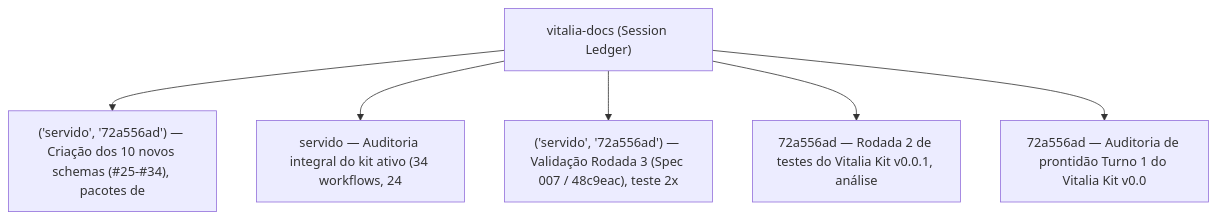
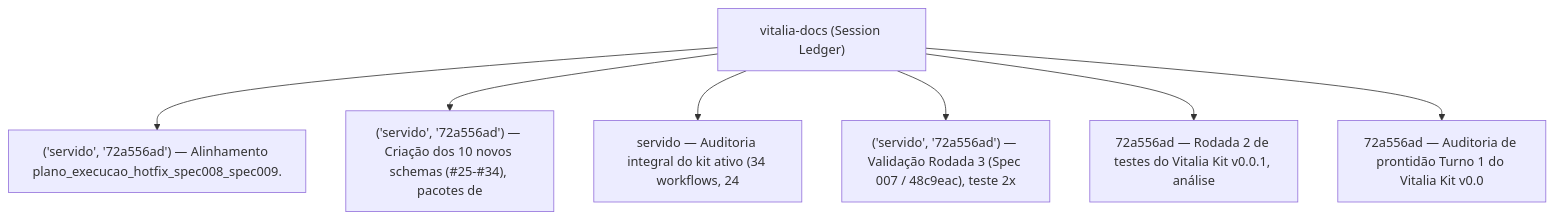
The diagram in README.md (andreticba/vitalia-docs-cntx), drawn with Mermaid before and after one commit. The commit also changed other lines of this file and 5 other files, not shown here.

Commit message:
chore(session): consolida shard session-end e README (36 schemas / Opcao 1)

````diff
--- a/README.md
+++ b/README.md
@@ -21,14 +21,16 @@
 ```mermaid
 flowchart TD
     HUB["vitalia-docs (Session Ledger)"]
-    SHARD_1["('servido', '72a556ad') — Criação dos 10 novos schemas (#25-#34), pacotes de"]
+    SHARD_1["('servido', '72a556ad') — Alinhamento plano_execucao_hotfix_spec008_spec009."]
     HUB --> SHARD_1
-    SHARD_2["servido — Auditoria integral do kit ativo (34 workflows, 24 "]
+    SHARD_2["('servido', '72a556ad') — Criação dos 10 novos schemas (#25-#34), pacotes de"]
     HUB --> SHARD_2
-    SHARD_3["('servido', '72a556ad') — Validação Rodada 3 (Spec 007 / 48c9eac), teste 2x "]
+    SHARD_3["servido — Auditoria integral do kit ativo (34 workflows, 24 "]
     HUB --> SHARD_3
-    SHARD_4["72a556ad — Rodada 2 de testes do Vitalia Kit v0.0.1, análise "]
+    SHARD_4["('servido', '72a556ad') — Validação Rodada 3 (Spec 007 / 48c9eac), teste 2x "]
     HUB --> SHARD_4
-    SHARD_5["72a556ad — Auditoria de prontidão Turno 1 do Vitalia Kit v0.0"]
+    SHARD_5["72a556ad — Rodada 2 de testes do Vitalia Kit v0.0.1, análise "]
     HUB --> SHARD_5
+    SHARD_6["72a556ad — Auditoria de prontidão Turno 1 do Vitalia Kit v0.0"]
+    HUB --> SHARD_6
 ```
````
